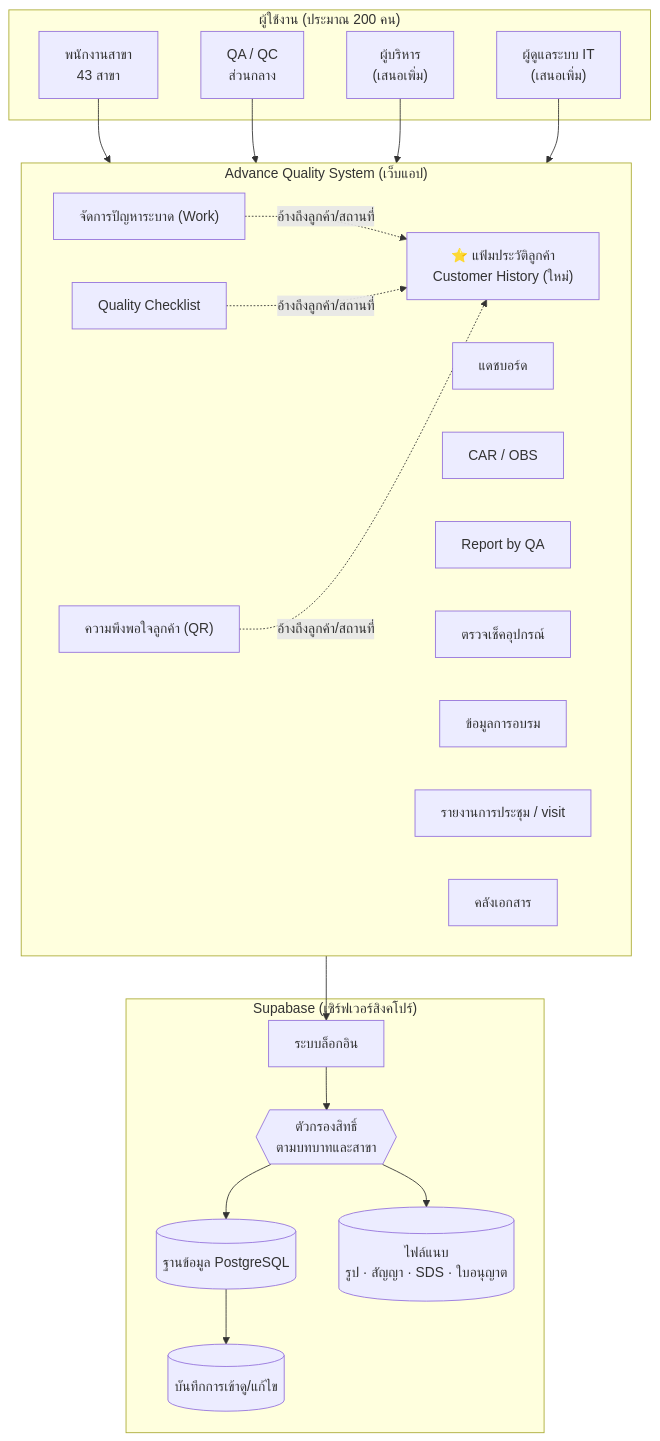
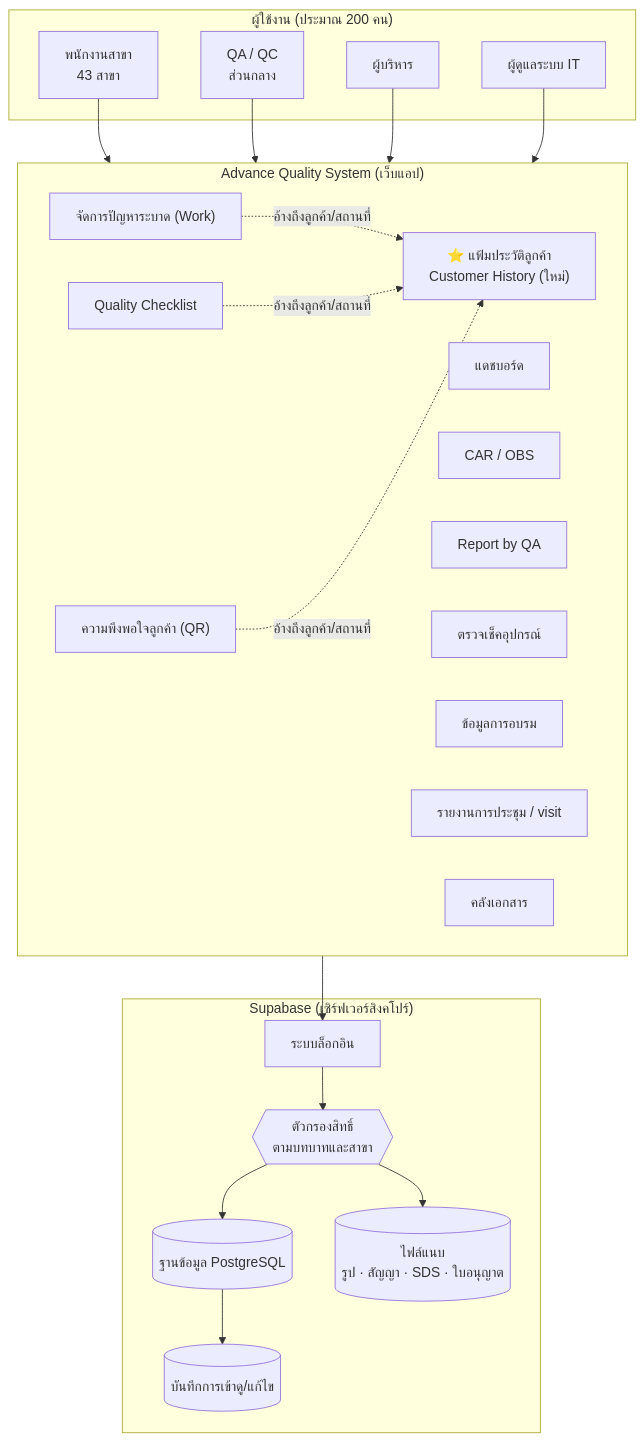
The first of 12 diagrams in docs/research/2026-11-07-advance-group-asia-workflow-diagrams.md (warayuthsema-alt/my-house-sh2401), drawn with Mermaid before and after one commit. The commit also changed other lines of this file and 2 other files, not shown here.

First line of the commit message:
Workflow diagrams v7: clickable steps with explanations; add exec and IT roles

````diff
--- a/docs/research/2026-11-07-advance-group-asia-workflow-diagrams.md
+++ b/docs/research/2026-11-07-advance-group-asia-workflow-diagrams.md
@@ -19,37 +19,37 @@
 ```mermaid
 flowchart TB
     subgraph USERS["ผู้ใช้งาน (ประมาณ 200 คน)"]
         U1["พนักงานสาขา<br/>43 สาขา"]
         U2["QA / QC<br/>ส่วนกลาง"]
-        U3["ผู้บริหาร<br/>(เสนอเพิ่ม)"]
-        U4["ผู้ดูแลระบบ IT<br/>(เสนอเพิ่ม)"]
+        U3["ผู้บริหาร"]
+        U4["ผู้ดูแลระบบ IT"]
     end
 
     subgraph APP["Advance Quality System (เว็บแอป)"]
         M0["⭐ แฟ้มประวัติลูกค้า<br/>Customer History (ใหม่)"]
         M1["แดชบอร์ด"]
         M2["CAR / OBS"]
         M3["จัดการปัญหาระบาด (Work)"]
         M4["Quality Checklist"]
         M5["Report by QA"]
         M6["ความพึงพอใจลูกค้า (QR)"]
         M7["ตรวจเช็คอุปกรณ์"]
         M8["ข้อมูลการอบรม"]
         M9["รายงานการประชุม / visit"]
         M10["คลังเอกสาร"]
     end
 
     subgraph SB["Supabase (เซิร์ฟเวอร์สิงคโปร์)"]
         AUTH["ระบบล็อกอิน"]
         RLS{{"ตัวกรองสิทธิ์<br/>ตามบทบาทและสาขา"}}
         DB[("ฐานข้อมูล PostgreSQL")]
         FILES[("ไฟล์แนบ<br/>รูป · สัญญา · SDS · ใบอนุญาต")]
         LOG[("บันทึกการเข้าดู/แก้ไข")]
     end
 
     U1 & U2 & U3 & U4 --> APP
     APP --> AUTH --> RLS
     RLS --> DB & FILES
     DB --> LOG
     M3 & M4 & M6 -. "อ้างถึงลูกค้า/สถานที่" .-> M0
 ```
````
